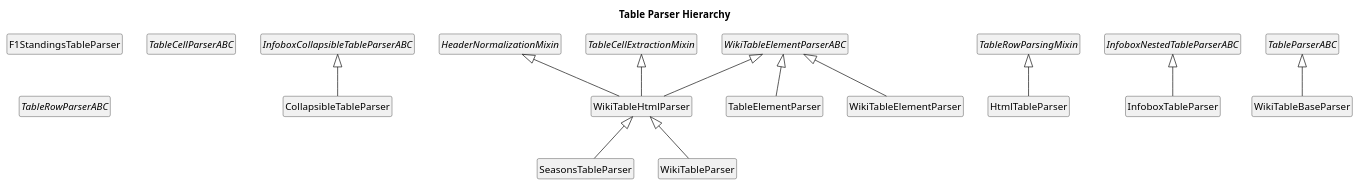
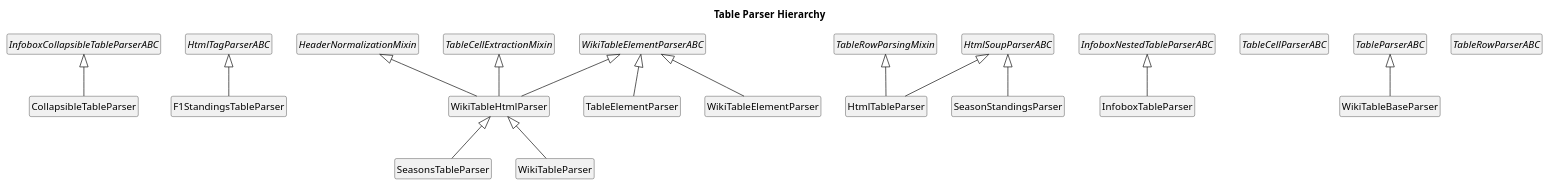
One commit to bgembalczyk/F1 changed the diagram in docs/uml/inheritance/parsers/05_table_parsers.puml. Above: the diagram before and after it, drawn with PlantUML. The commit also changed 16 other files, not shown here.

```diff
--- a/docs/uml/inheritance/parsers/05_table_parsers.puml
+++ b/docs/uml/inheritance/parsers/05_table_parsers.puml
@@ -1,39 +1,45 @@
 @startuml
 title Table Parser Hierarchy
 skinparam classAttributeIconSize 0
 hide empty members
 hide circle
 
 class CollapsibleTableParser
 class F1StandingsTableParser
 abstract class HeaderNormalizationMixin
+abstract class HtmlSoupParserABC
+abstract class HtmlTagParserABC
 class HtmlTableParser
 abstract class InfoboxCollapsibleTableParserABC
 abstract class InfoboxNestedTableParserABC
 class InfoboxTableParser
+class SeasonStandingsParser
 class SeasonsTableParser
 abstract class TableCellExtractionMixin
 abstract class TableCellParserABC
 class TableElementParser
 abstract class TableParserABC
 abstract class TableRowParserABC
 abstract class TableRowParsingMixin
 class WikiTableBaseParser
 class WikiTableElementParser
 abstract class WikiTableElementParserABC
 class WikiTableHtmlParser
 class WikiTableParser
 
 InfoboxCollapsibleTableParserABC <|-- CollapsibleTableParser
+HtmlTagParserABC <|-- F1StandingsTableParser
+HtmlSoupParserABC <|-- HtmlTableParser
 TableRowParsingMixin <|-- HtmlTableParser
 InfoboxNestedTableParserABC <|-- InfoboxTableParser
+HtmlSoupParserABC <|-- SeasonStandingsParser
 WikiTableHtmlParser <|-- SeasonsTableParser
 WikiTableElementParserABC <|-- TableElementParser
 TableParserABC <|-- WikiTableBaseParser
 WikiTableElementParserABC <|-- WikiTableElementParser
 HeaderNormalizationMixin <|-- WikiTableHtmlParser
 TableCellExtractionMixin <|-- WikiTableHtmlParser
 WikiTableElementParserABC <|-- WikiTableHtmlParser
 WikiTableHtmlParser <|-- WikiTableParser
 
 @enduml
```
